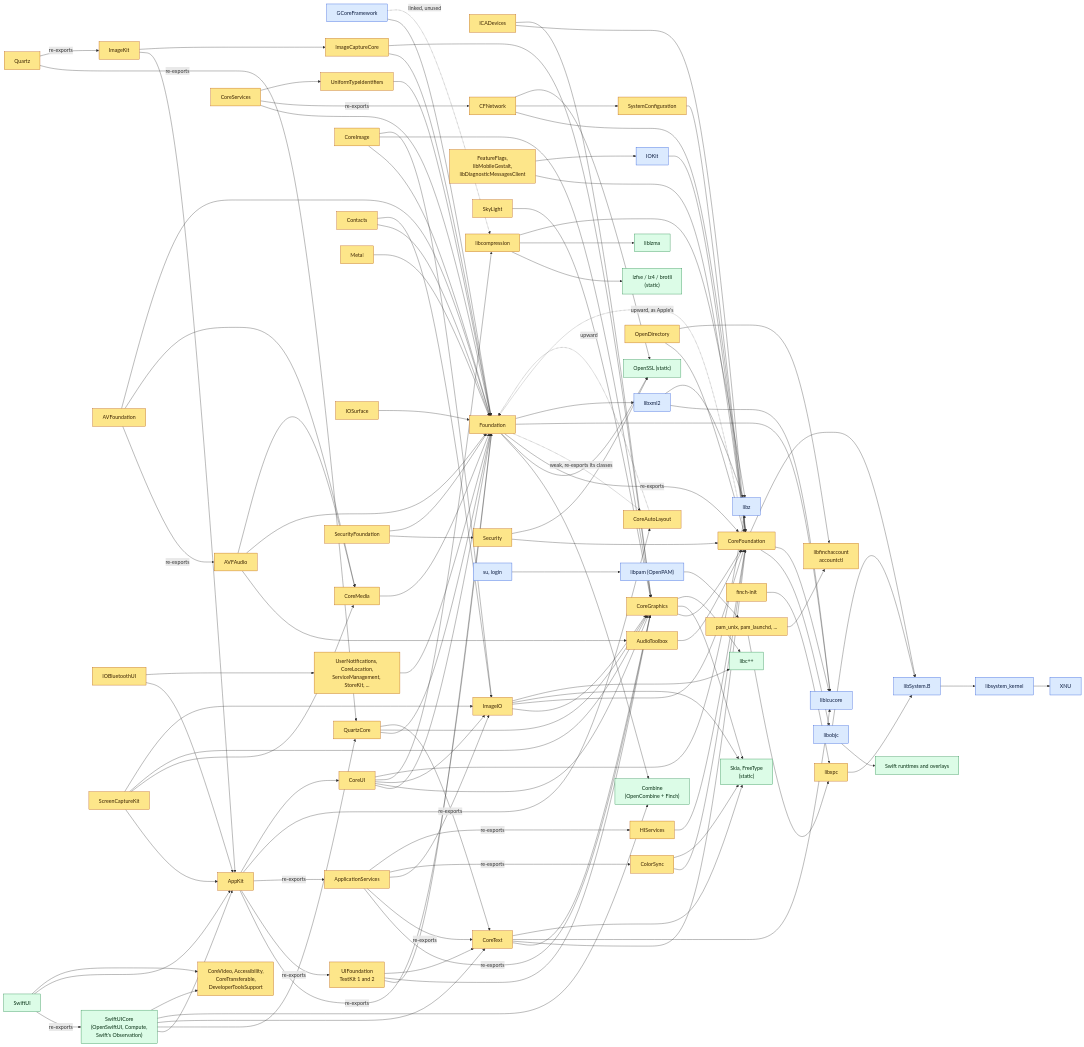
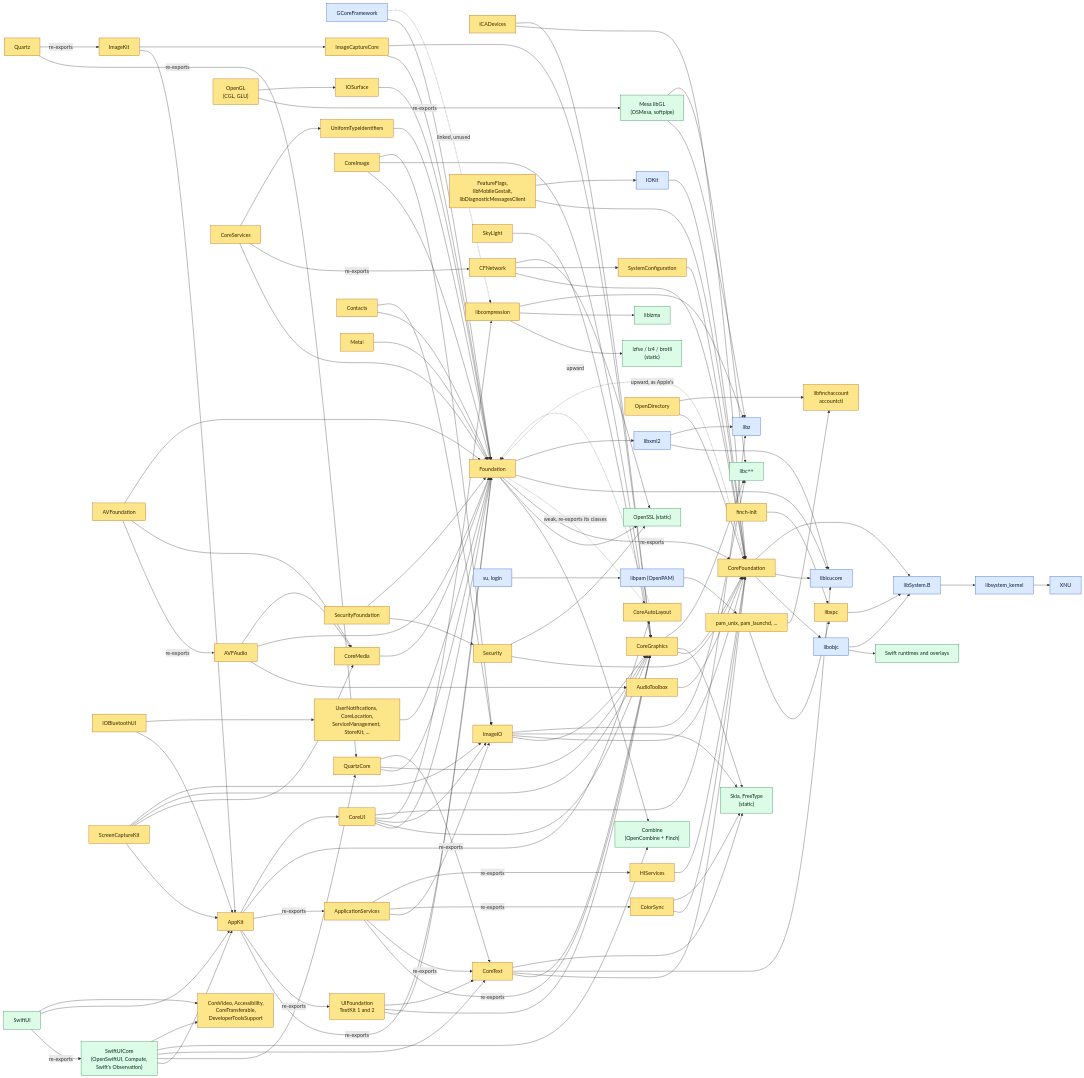
One commit to XSLabs/finch changed the second of 2 diagrams in docs/STACK.md. Above: the diagram before and after it, drawn with Mermaid. The commit also changed other lines of this file and 36 other files, not shown here.

```diff
--- a/docs/STACK.md
+++ b/docs/STACK.md
@@ -264,6 +268,8 @@
     audiotoolbox["AudioToolbox"]:::finch
     avfaudio["AVFAudio"]:::finch
     avfoundation["AVFoundation"]:::finch
+    openglfw["OpenGL<br/>(CGL, GLU)"]:::finch
+    mesalib["Mesa libGL<br/>(OSMesa, softpipe)"]:::upstream
     devicefw["FeatureFlags,<br/>libMobileGestalt,<br/>libDiagnosticMessagesClient"]:::finch
     skylight["SkyLight"]:::finch
     secfound["SecurityFoundation"]:::finch
@@ -337,6 +343,10 @@
     avfoundation -->|"re-exports"| avfaudio
     avfoundation --> coremediafw
     avfoundation --> ffound
+    openglfw -->|"re-exports"| mesalib
+    openglfw --> iosurfacefw
+    mesalib --> z
+    mesalib --> cxxlib
     avfaudio --> ffound
     avfaudio --> coremediafw
     devicefw --> cf
```
